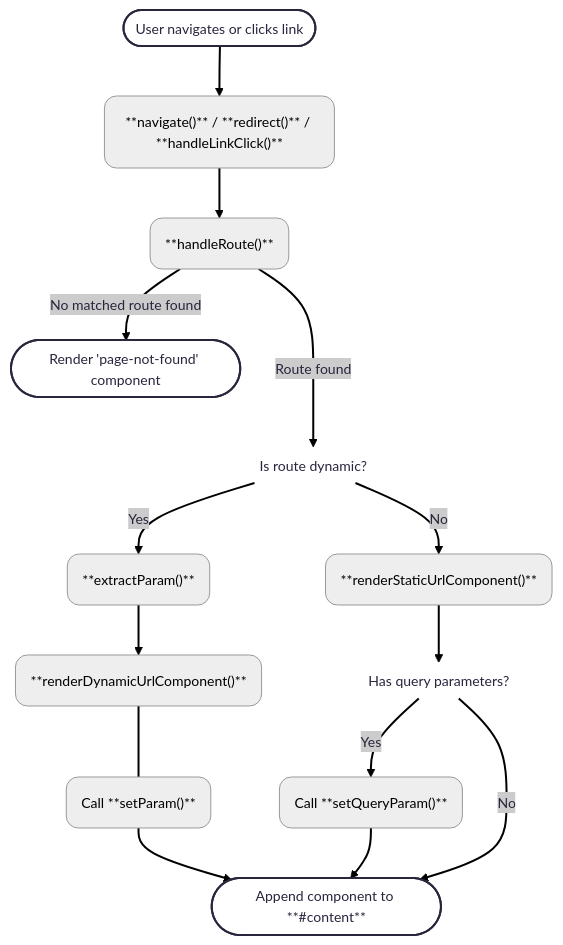
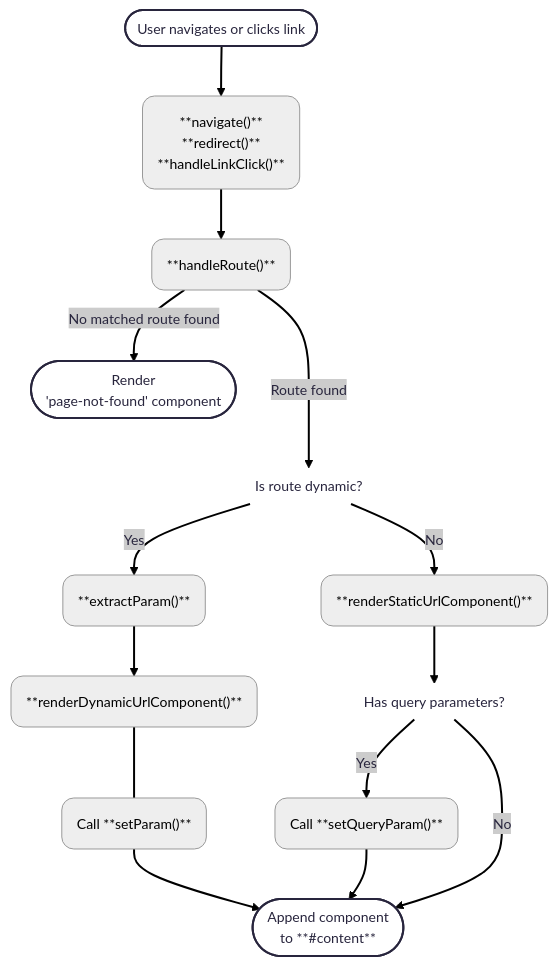
One commit to ysengoku/42-ft_transcendence changed the diagram in doc/front/ROUTER.md. Above: the diagram before and after it, drawn with Mermaid.

Commit message:
docs: add line break to some elements in mermaid chart

````diff
--- a/doc/front/ROUTER.md
+++ b/doc/front/ROUTER.md
@@ -16,33 +16,33 @@
 ```mermaid
 ---
 config:
   layout: dagre
   look: classic
   theme: redux
 ---
 flowchart TD
-    A(["User navigates or clicks link"]) --> B("**navigate()** / **redirect()** / **handleLinkClick()**")
+    A(["User navigates or clicks link"]) --> B("**navigate()** <br/> **redirect()** <br/> **handleLinkClick()**")
     B --> C("**handleRoute()**")
-    C -- No matched route found --> D(["Render 'page-not-found' component"])
+    C -- No matched route found --> D(["Render <br/> 'page-not-found' component"])
     C -- Route found ---> E["Is route dynamic?"]
     E -- Yes --> F("**extractParam()**")
     F --> G("**renderDynamicUrlComponent()**")
     G --- H("Call **setParam()**")
-		H --> Z(["Append component to **#content**"])
+		H --> Z(["Append component <br/> to **#content**"])
     E -- No --> I("**renderStaticUrlComponent()**")
 		I --> J["Has query parameters?"]
 		J -- Yes --> K("Call **setQueryParam()**")
 		K --> Z
 		J -- No --> Z
 
     E@{ shape: text}
     J@{ shape: text}
      B:::Ash
      C:::Ash
      F:::Ash
      G:::Ash
 		 H:::Ash
      I:::Ash
 		 K:::Ash
     classDef Ash stroke-width:1px, stroke-dasharray:none, stroke:#999999, fill:#EEEEEE, color:#000000
 ```
````
